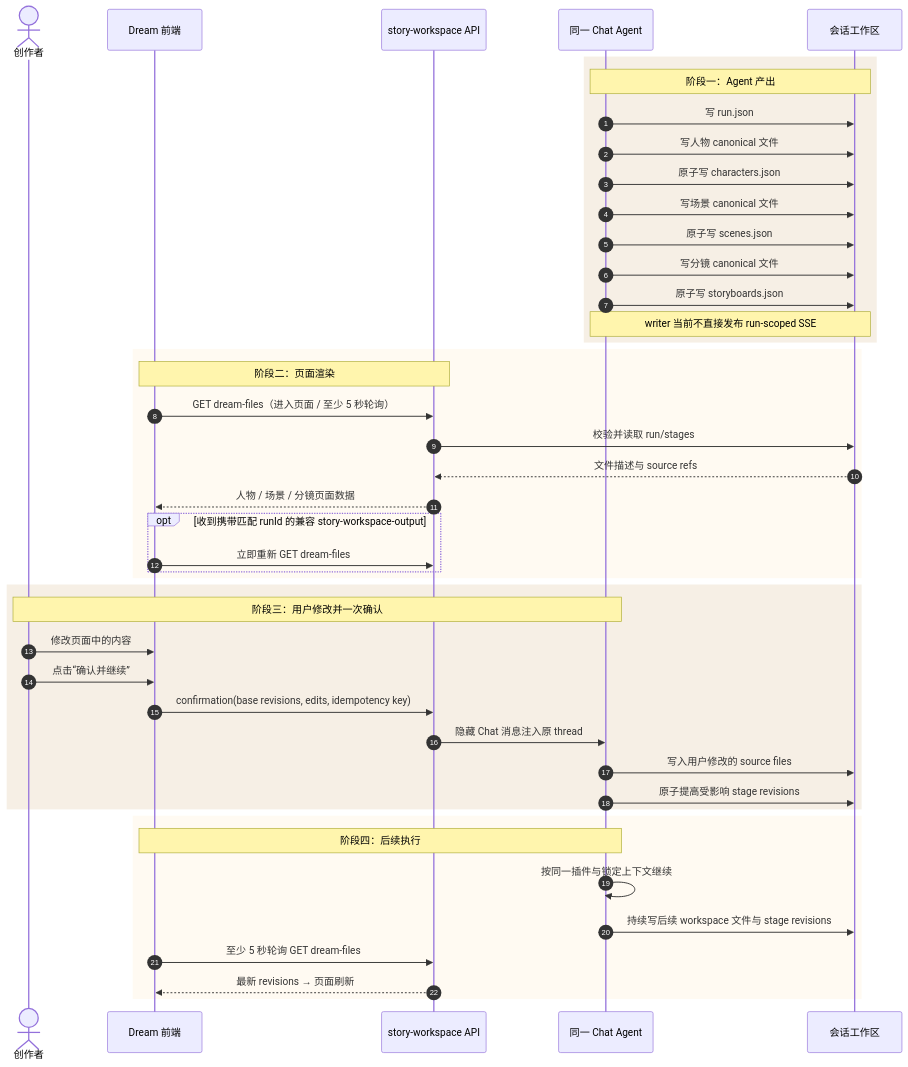
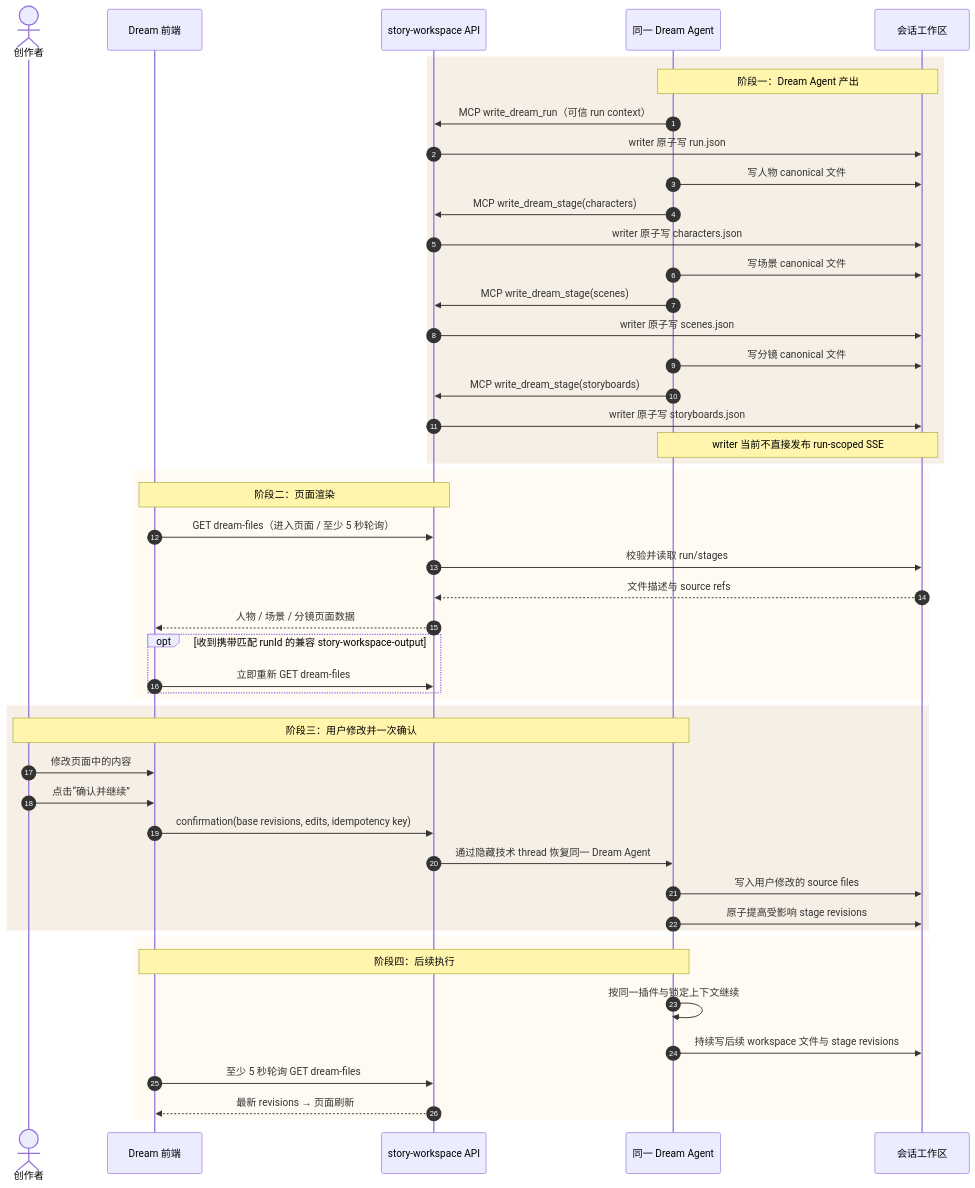
The second of 2 diagrams in docs/design/story-workspace/design_006_dream-protocol-dir-mapping.md (glide-the/im-dream), drawn with Mermaid before and after one commit. The commit also changed other lines of this file and 5 other files, not shown here.

Commit message:
docs(story-workspace): record Dream launch writer integration

````diff
--- a/docs/design/story-workspace/design_006_dream-protocol-dir-mapping.md
+++ b/docs/design/story-workspace/design_006_dream-protocol-dir-mapping.md
@@ -242,50 +254,54 @@
 ```mermaid
 sequenceDiagram
     autonumber
     actor U as 创作者
     participant FE as Dream 前端
     participant API as story-workspace API
-    participant Chat as 同一 Chat Agent
+    participant Agent as 同一 Dream Agent
     participant FS as 会话工作区
 
     rect rgb(246,239,229)
-        Note over Chat,FS: 阶段一：Agent 产出
-        Chat->>FS: 写 run.json
-        Chat->>FS: 写人物 canonical 文件
-        Chat->>FS: 原子写 characters.json
-        Chat->>FS: 写场景 canonical 文件
-        Chat->>FS: 原子写 scenes.json
-        Chat->>FS: 写分镜 canonical 文件
-        Chat->>FS: 原子写 storyboards.json
-        Note over Chat,FS: writer 当前不直接发布 run-scoped SSE
+        Note over Agent,FS: 阶段一：Dream Agent 产出
+        Agent->>API: MCP write_dream_run（可信 run context）
+        API->>FS: writer 原子写 run.json
+        Agent->>FS: 写人物 canonical 文件
+        Agent->>API: MCP write_dream_stage(characters)
+        API->>FS: writer 原子写 characters.json
+        Agent->>FS: 写场景 canonical 文件
+        Agent->>API: MCP write_dream_stage(scenes)
+        API->>FS: writer 原子写 scenes.json
+        Agent->>FS: 写分镜 canonical 文件
+        Agent->>API: MCP write_dream_stage(storyboards)
+        API->>FS: writer 原子写 storyboards.json
+        Note over Agent,FS: writer 当前不直接发布 run-scoped SSE
     end
 
     rect rgb(255,250,242)
         Note over FE,API: 阶段二：页面渲染
         FE->>API: GET dream-files（进入页面 / 至少 5 秒轮询）
         API->>FS: 校验并读取 run/stages
         FS-->>API: 文件描述与 source refs
         API-->>FE: 人物 / 场景 / 分镜页面数据
         opt 收到携带匹配 runId 的兼容 story-workspace-output
             FE->>API: 立即重新 GET dream-files
         end
     end
 
     rect rgb(246,239,229)
-        Note over U,Chat: 阶段三：用户修改并一次确认
+        Note over U,Agent: 阶段三：用户修改并一次确认
         U->>FE: 修改页面中的内容
         U->>FE: 点击“确认并继续”
         FE->>API: confirmation(base revisions, edits, idempotency key)
-        API->>Chat: 隐藏 Chat 消息注入原 thread
-        Chat->>FS: 写入用户修改的 source files
-        Chat->>FS: 原子提高受影响 stage revisions
+        API->>Agent: 通过隐藏技术 thread 恢复同一 Dream Agent
+        Agent->>FS: 写入用户修改的 source files
+        Agent->>FS: 原子提高受影响 stage revisions
     end
 
     rect rgb(255,250,242)
-        Note over Chat,FE: 阶段四：后续执行
-        Chat->>Chat: 按同一插件与锁定上下文继续
-        Chat->>FS: 持续写后续 workspace 文件与 stage revisions
+        Note over Agent,FE: 阶段四：后续执行
+        Agent->>Agent: 按同一插件与锁定上下文继续
+        Agent->>FS: 持续写后续 workspace 文件与 stage revisions
         FE->>API: 至少 5 秒轮询 GET dream-files
         API-->>FE: 最新 revisions → 页面刷新
     end
 ```
````
